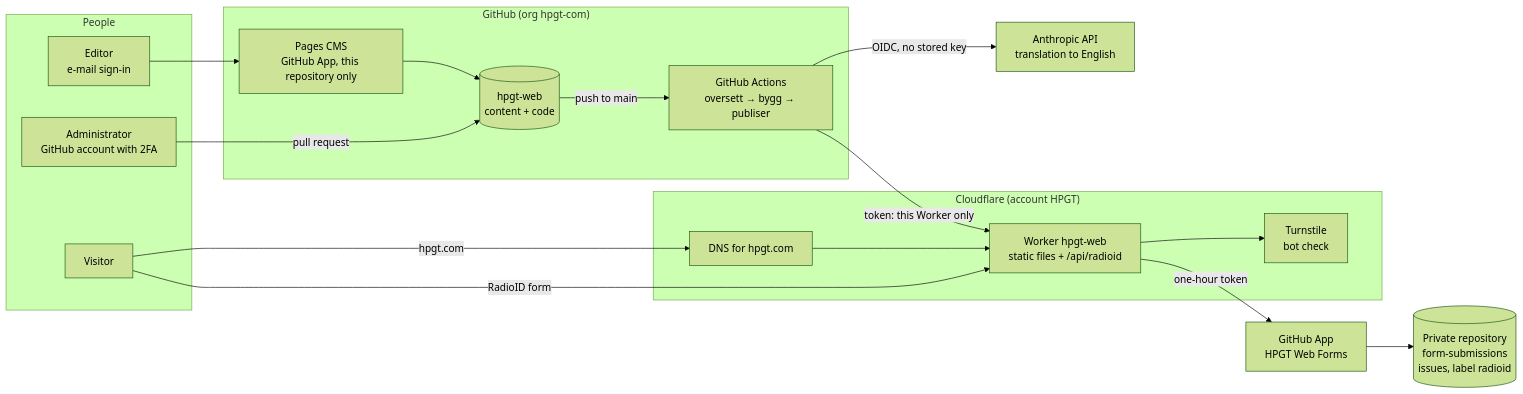
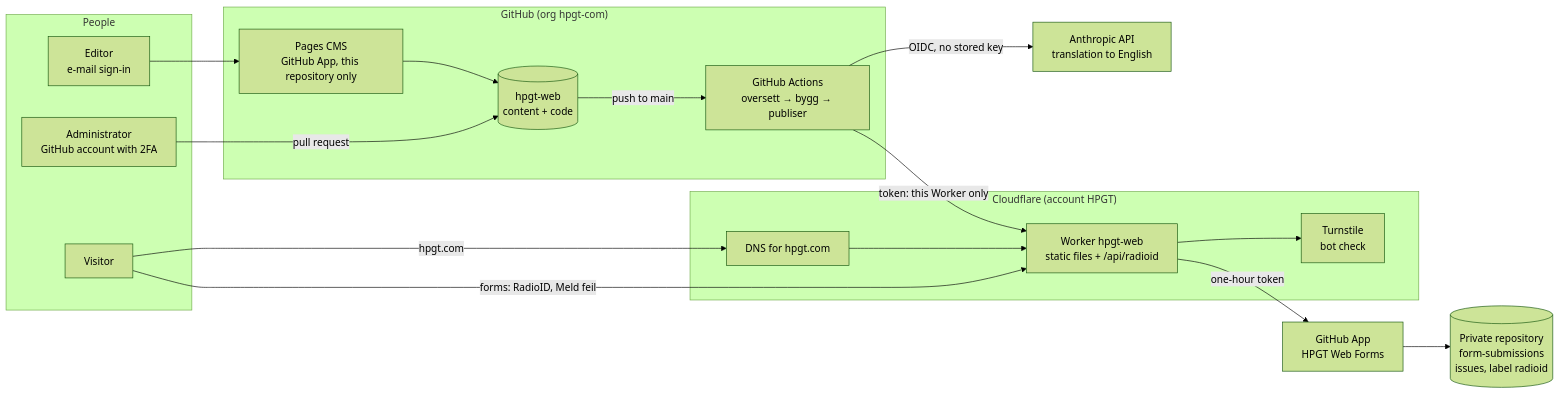
The first of 3 diagrams in docs/architecture.md (hpgt-com/hpgt-web), drawn with Mermaid (forest theme) before and after one commit. The commit also changed other lines of this file and 17 other files, not shown here.

First line of the commit message:
«Meld feil»-skjema som lager en sak i form-submissions (#42)

````diff
--- a/docs/architecture.md
+++ b/docs/architecture.md
@@ -20,35 +20,35 @@
 ```mermaid
 flowchart LR
   subgraph People
     R[Editor<br/>e-mail sign-in]
     A[Administrator<br/>GitHub account with 2FA]
     B[Visitor]
   end
 
   subgraph GitHub["GitHub (org hpgt-com)"]
     CMS[Pages CMS<br/>GitHub App, this repository only]
     REPO[(hpgt-web<br/>content + code)]
     ACT[GitHub Actions<br/>oversett → bygg → publiser]
   end
 
   ISS[(Private repository<br/>form-submissions<br/>issues, label radioid)]
 
   subgraph Cloudflare["Cloudflare (account HPGT)"]
     W[Worker hpgt-web<br/>static files + /api/radioid]
     TS[Turnstile<br/>bot check]
     DNS[DNS for hpgt.com]
   end
 
   AN[Anthropic API<br/>translation to English]
   APP[GitHub App<br/>HPGT Web Forms]
 
   R --> CMS --> REPO
   A -- pull request --> REPO
   REPO -- push to main --> ACT
   ACT -- OIDC, no stored key --> AN
   ACT -- token: this Worker only --> W
   B -- hpgt.com --> DNS --> W
-  B -- RadioID form --> W
+  B -- forms: RadioID, Meld feil --> W
   W --> TS
   W -- one-hour token --> APP --> ISS
 ```
````
